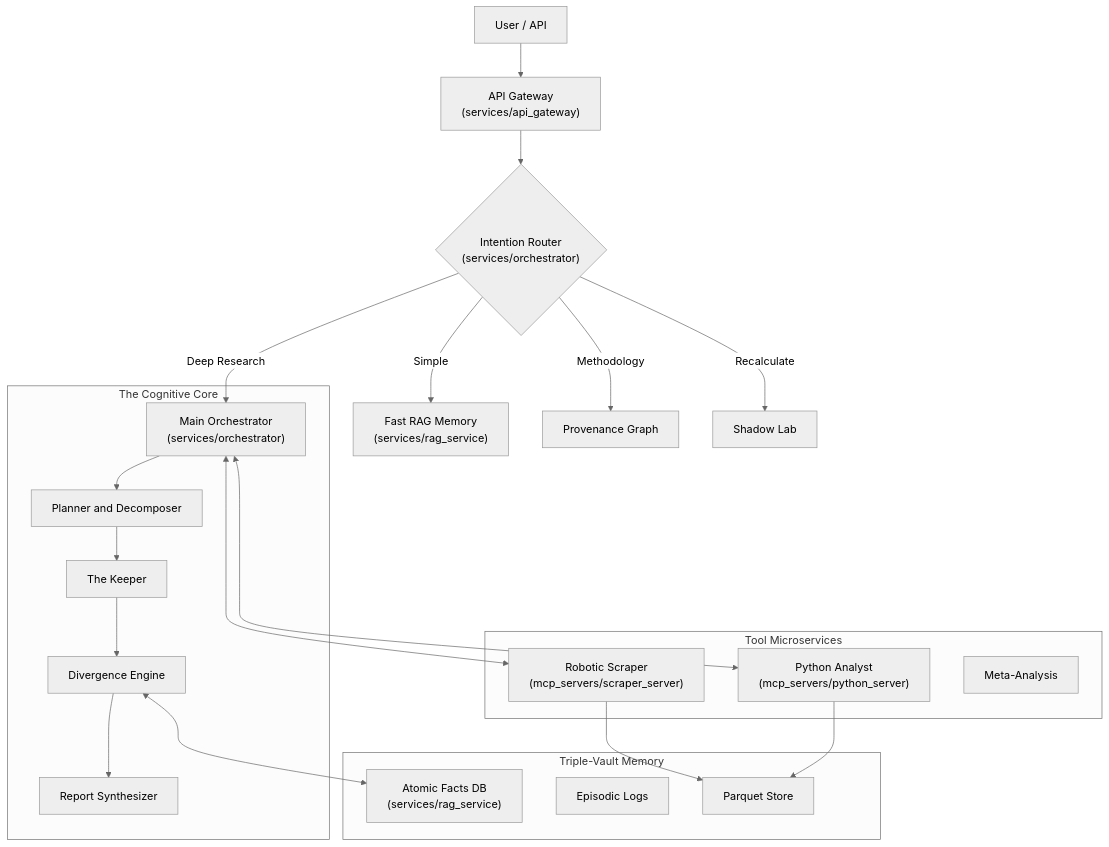
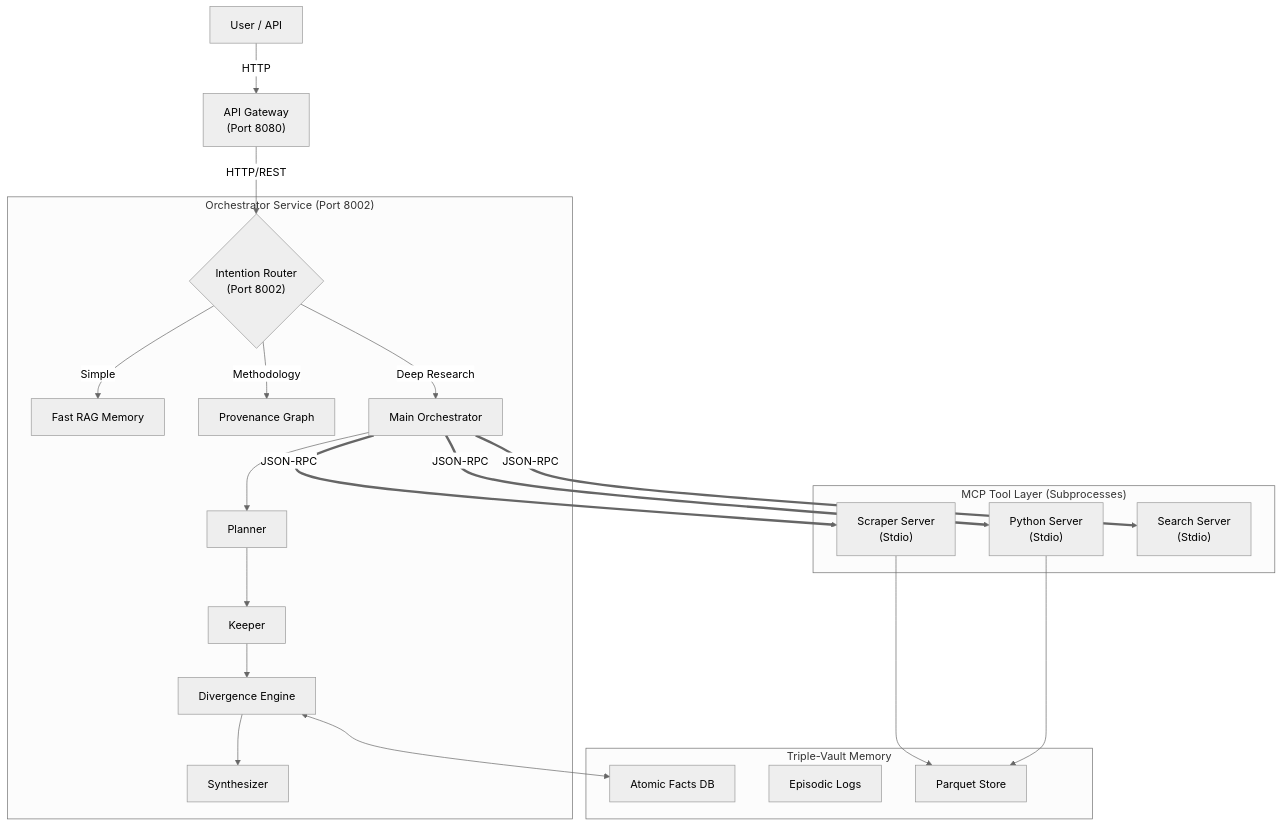
The second of 6 diagrams in README.md (azzindani/Kea), drawn with Mermaid (neutral theme) before and after one commit. The commit also changed other lines of this file and 16 other files, not shown here.

Commit message:
feat: Implement a LangGraph-based research orchestrator with dynamic, hardware-aware parallel tool execution and a new MCP client.

````diff
--- a/README.md
+++ b/README.md
@@ -368,35 +393,36 @@
 ```mermaid
 graph TD
-    User[User / API] --> Gateway["API Gateway<br/>(services/api_gateway)"]
-    Gateway --> Router{"Intention Router<br/>(services/orchestrator)"}
+    User[User / API] -->|HTTP| Gateway["API Gateway<br/>(Port 8080)"]
+    Gateway -->|HTTP/REST| Router{"Intention Router<br/>(Port 8002)"}
     
-    Router -->|Simple| FastRAG["Fast RAG Memory<br/>(services/rag_service)"]
-    Router -->|Methodology| Provenance[Provenance Graph]
-    Router -->|Recalculate| ShadowLab["Shadow Lab"]
-    Router -->|Deep Research| Orchestrator["Main Orchestrator<br/>(services/orchestrator)"]
-    
-    subgraph CognitiveCore[The Cognitive Core]
-        Orchestrator --> Planner["Planner and Decomposer"]
-        Planner --> Keeper["The Keeper"]
+    subgraph "Orchestrator Service (Port 8002)"
+        Router -->|Simple| FastRAG["Fast RAG Memory"]
+        Router -->|Methodology| Provenance[Provenance Graph]
+        Router -->|Deep Research| Orchestrator["Main Orchestrator"]
+        
+        Orchestrator --> Planner["Planner"]
+        Planner --> Keeper["Keeper"]
         Keeper --> Divergence["Divergence Engine"]
-        Divergence --> Synthesizer["Report Synthesizer"]
+        Divergence --> Synthesizer["Synthesizer"]
     end
     
-    subgraph Tools[Tool Microservices]
-        Scraper["Robotic Scraper<br/>(mcp_servers/scraper_server)"]
-        Analyst["Python Analyst<br/>(mcp_servers/python_server)"]
-        Meta[Meta-Analysis]
+    subgraph "MCP Tool Layer (Subprocesses)"
+        Scraper["Scraper Server<br/>(Stdio)"]
+        Analyst["Python Server<br/>(Stdio)"]
+        Search["Search Server<br/>(Stdio)"]
     end
     
     subgraph MemoryVault[Triple-Vault Memory]
-        Atomic["Atomic Facts DB<br/>(services/rag_service)"]
-        Episodic[Episodic Logs]
+        Atomic["Atomic Facts DB"]
+        Episodic["Episodic Logs"]
         Artifacts["Parquet Store"]
     end
     
-    Orchestrator <--> Scraper
-    Orchestrator <--> Analyst
+    Orchestrator ==JSON-RPC==> Scraper
+    Orchestrator ==JSON-RPC==> Analyst
+    Orchestrator ==JSON-RPC==> Search
+    
     Divergence <--> Atomic
     Scraper --> Artifacts
     Analyst --> Artifacts
 ```
````
